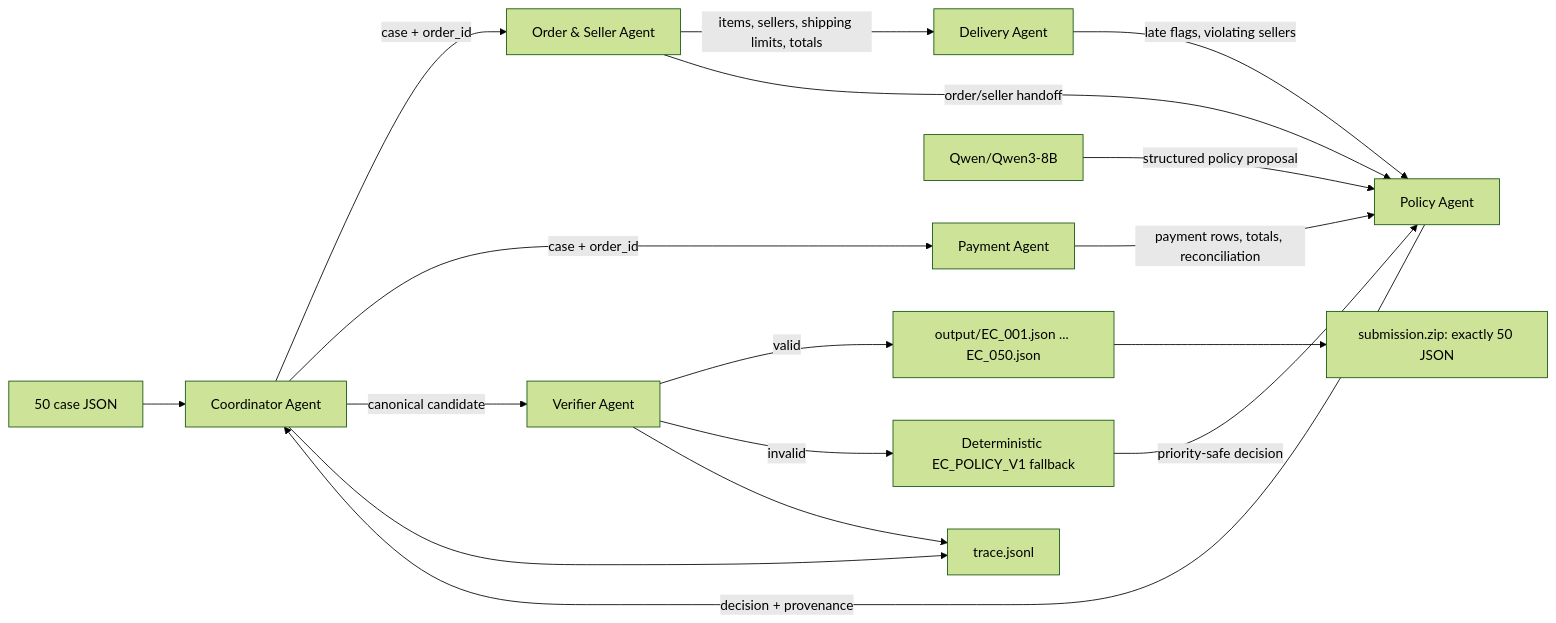
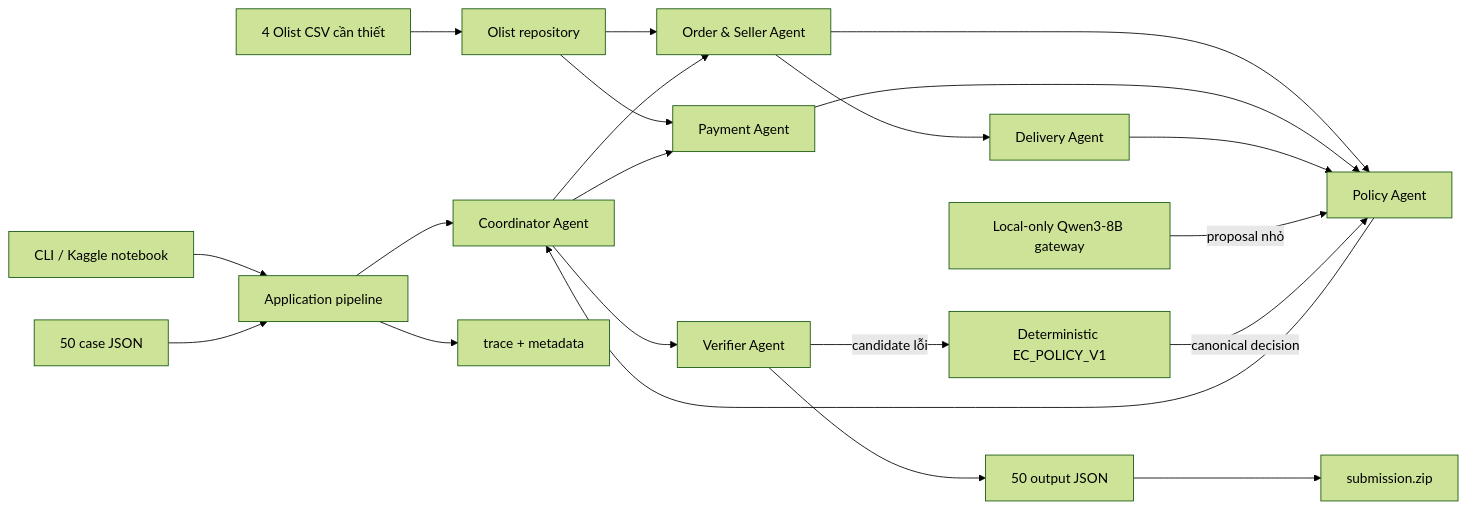
The diagram in architecture.md (duc-smeb-uet68/Multiagent-A2A), drawn with Mermaid (forest theme) before and after one commit. The commit also changed other lines of this file and 53 other files, not shown here.

````diff
--- a/architecture.md
+++ b/architecture.md
@@ -11,19 +18,23 @@
 ```mermaid
 flowchart LR
-    I["50 case JSON"] --> C["Coordinator Agent"]
-    C -->|"case + order_id"| OS["Order & Seller Agent"]
-    C -->|"case + order_id"| PA["Payment Agent"]
-    OS -->|"items, sellers, shipping limits, totals"| DA["Delivery Agent"]
-    OS -->|"order/seller handoff"| PO["Policy Agent"]
-    PA -->|"payment rows, totals, reconciliation"| PO
-    DA -->|"late flags, violating sellers"| PO
-    Q["Qwen/Qwen3-8B"] -->|"structured policy proposal"| PO
-    F["Deterministic EC_POLICY_V1 fallback"] -->|"priority-safe decision"| PO
-    PO -->|"decision + provenance"| C
-    C -->|"canonical candidate"| V["Verifier Agent"]
-    V -->|"valid"| O["output/EC_001.json ... EC_050.json"]
-    V -->|"invalid"| F
-    C --> T["trace.jsonl"]
-    V --> T
-    O --> Z["submission.zip: exactly 50 JSON"]
+    CLI["CLI / Kaggle notebook"] --> P["Application pipeline"]
+    I["50 case JSON"] --> P
+    D["4 Olist CSV cần thiết"] --> R["Olist repository"]
+    P --> C["Coordinator Agent"]
+    R --> OS["Order & Seller Agent"]
+    R --> PA["Payment Agent"]
+    C --> OS
+    C --> PA
+    OS --> DA["Delivery Agent"]
+    OS --> PO["Policy Agent"]
+    PA --> PO
+    DA --> PO
+    Q["Local-only Qwen3-8B gateway"] -->|"proposal nhỏ"| PO
+    F["Deterministic EC_POLICY_V1"] -->|"canonical decision"| PO
+    PO --> C
+    C --> V["Verifier Agent"]
+    V --> O["50 output JSON"]
+    V -->|"candidate lỗi"| F
+    P --> T["trace + metadata"]
+    O --> Z["submission.zip"]
 ```
````
